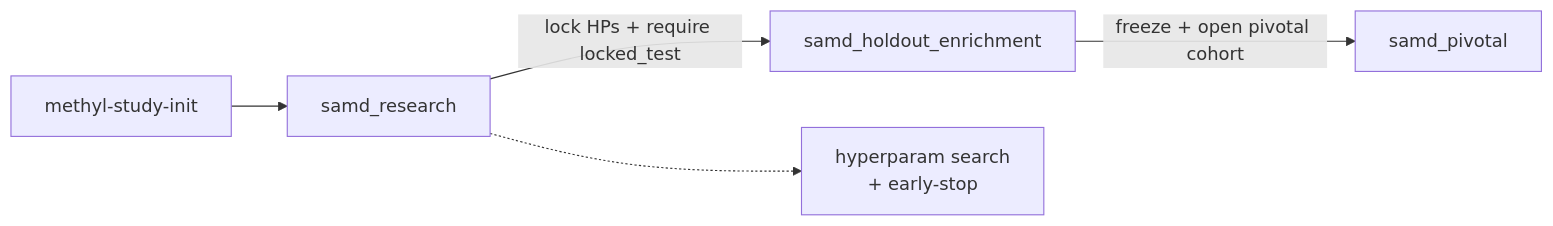
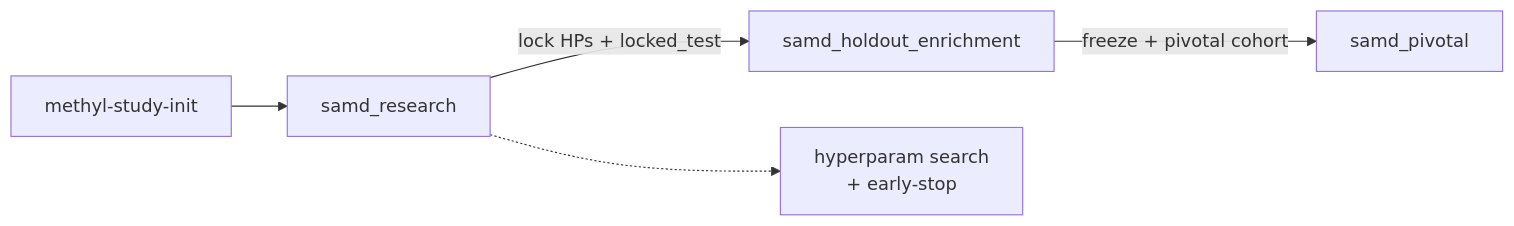
The ninth of 12 diagrams in docs/presentations/regulatory-ready-platform-multiomics.md (Goliath-Research/GoliathWorkflow), drawn with Mermaid before and after one commit. The commit also changed other lines of this file and 2 other files, not shown here.

````diff
--- a/docs/presentations/regulatory-ready-platform-multiomics.md
+++ b/docs/presentations/regulatory-ready-platform-multiomics.md
@@ -280,7 +337,7 @@
 ```mermaid
 flowchart LR
   INIT["methyl-study-init"] --> R["samd_research"]
-  R -->|"lock HPs + require locked_test"| H["samd_holdout_enrichment"]
-  H -->|"freeze + open pivotal cohort"| P["samd_pivotal"]
+  R -->|"lock HPs + locked_test"| H["samd_holdout_enrichment"]
+  H -->|"freeze + pivotal cohort"| P["samd_pivotal"]
   R -.-> HP["hyperparam search<br/>+ early-stop"]
 ```
````
